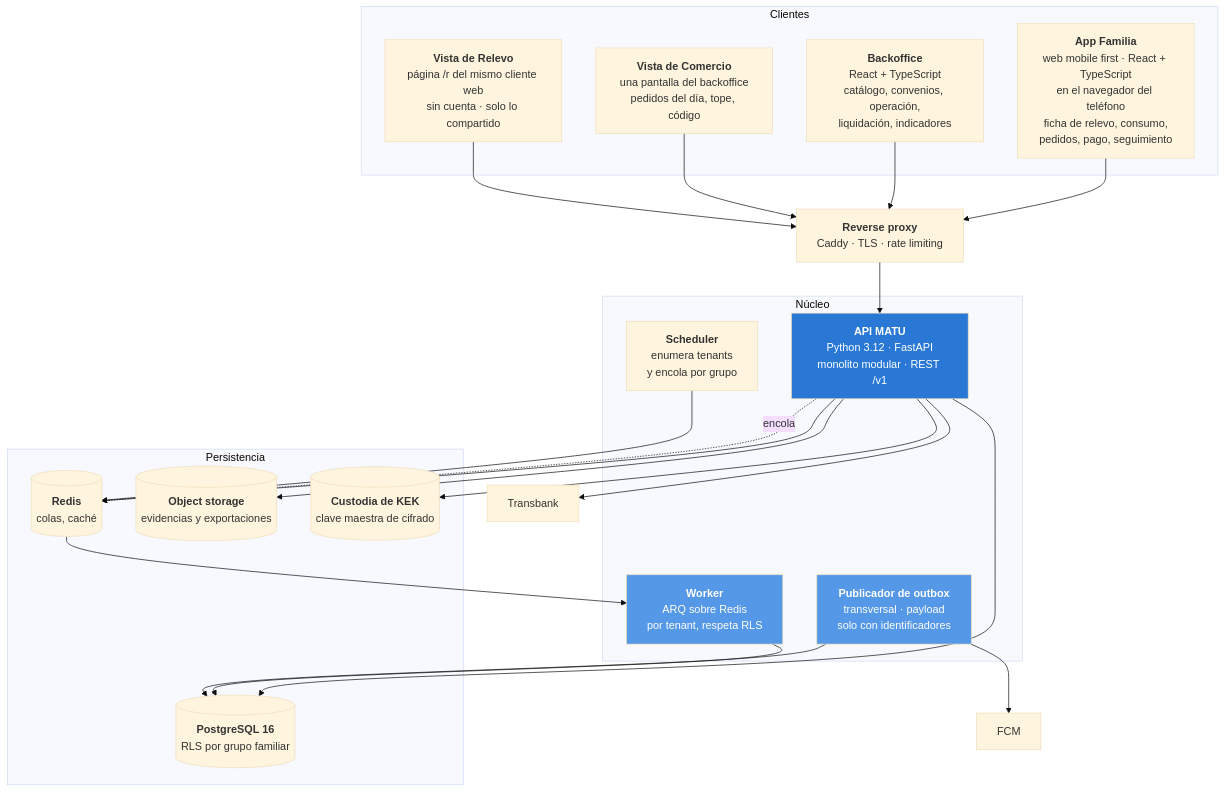
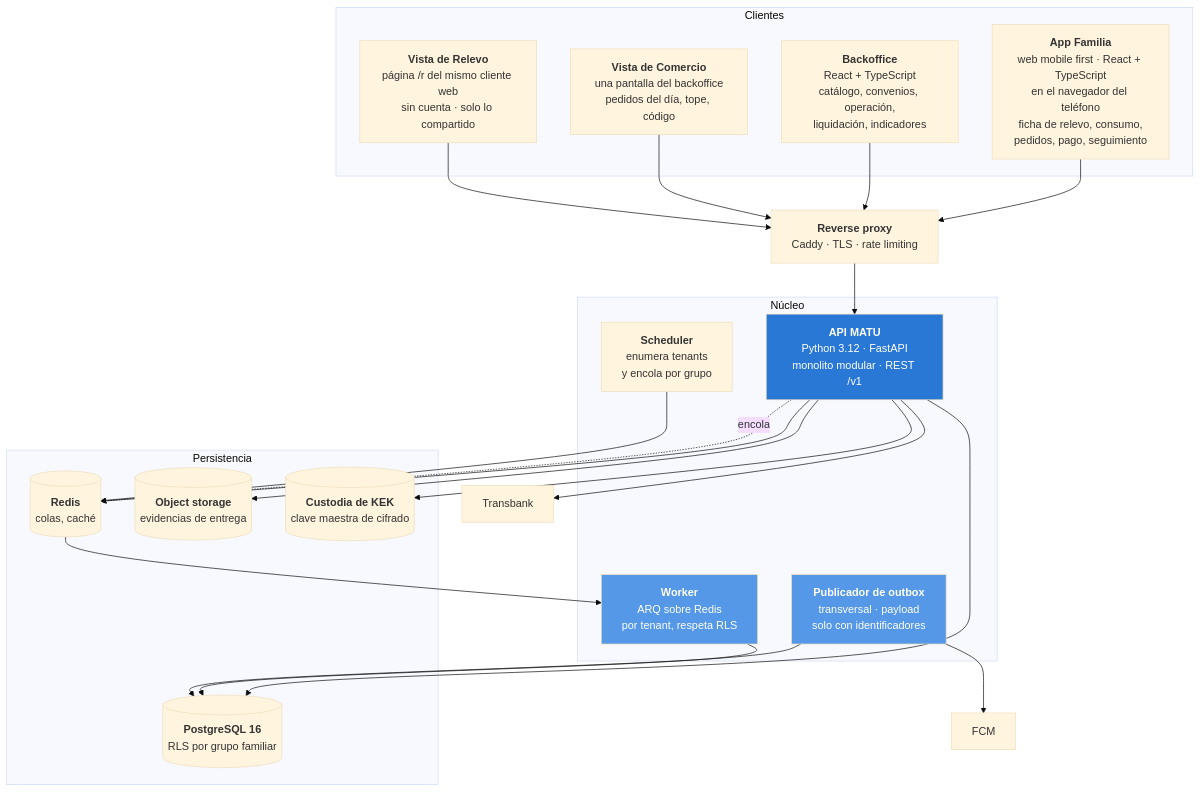
Before and after one commit to MartinHenriquez131/MATU: the third of 11 diagrams in docs/arquitectura.md, drawn with Mermaid (base theme). The commit also changed other lines of this file, not shown here.

````diff
--- a/docs/arquitectura.md
+++ b/docs/arquitectura.md
@@ -341,46 +341,46 @@
 ```mermaid
 graph TB
     subgraph "Clientes"
         AF["<b>App Familia</b><br/>web mobile first · React + TypeScript<br/>en el navegador del teléfono<br/>ficha de relevo, consumo,<br/>pedidos, pago, seguimiento"]
         BO["<b>Backoffice</b><br/>React + TypeScript<br/>catálogo, convenios, operación,<br/>liquidación, indicadores"]
         VC["<b>Vista de Comercio</b><br/>una pantalla del backoffice<br/>pedidos del día, tope, código"]
         VR["<b>Vista de Relevo</b><br/>página /r del mismo cliente web<br/>sin cuenta · solo lo compartido"]
     end
 
     GW["<b>Reverse proxy</b><br/>Caddy · TLS · rate limiting"]
 
     subgraph "Núcleo"
         API["<b>API MATU</b><br/>Python 3.12 · FastAPI<br/>monolito modular · REST /v1"]
         WK["<b>Worker</b><br/>ARQ sobre Redis<br/>por tenant, respeta RLS"]
         PUB["<b>Publicador de outbox</b><br/>transversal · payload<br/>solo con identificadores"]
         SCH["<b>Scheduler</b><br/>enumera tenants<br/>y encola por grupo"]
     end
 
     subgraph "Persistencia"
         PG[("<b>PostgreSQL 16</b><br/>RLS por grupo familiar")]
         RD[("<b>Redis</b><br/>colas, caché")]
-        S3[("<b>Object storage</b><br/>evidencias y exportaciones")]
+        S3[("<b>Object storage</b><br/>evidencias de entrega")]
         KM[("<b>Custodia de KEK</b><br/>clave maestra de cifrado")]
     end
 
     AF --> GW
     BO --> GW
     VC --> GW
     VR --> GW
     GW --> API
     API --> PG
     API --> RD
     API --> S3
     API --> KM
     API -.->|encola| RD
     RD --> WK
     SCH --> RD
     WK --> PG
     PUB --> PG
     PUB --> FCM["FCM"]
     API --> TB["Transbank"]
 
     style API fill:#2a78d6,color:#fff
     style WK fill:#5598e7,color:#fff
     style PUB fill:#5598e7,color:#fff
 ```
````
